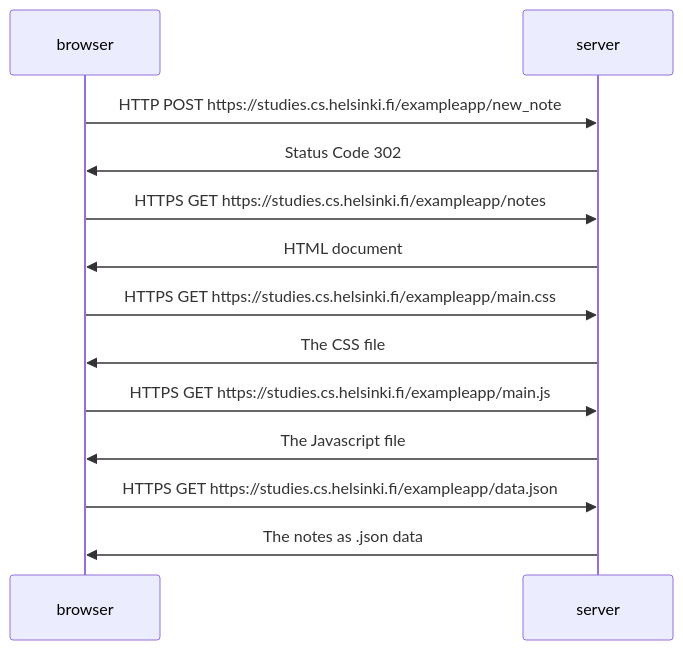
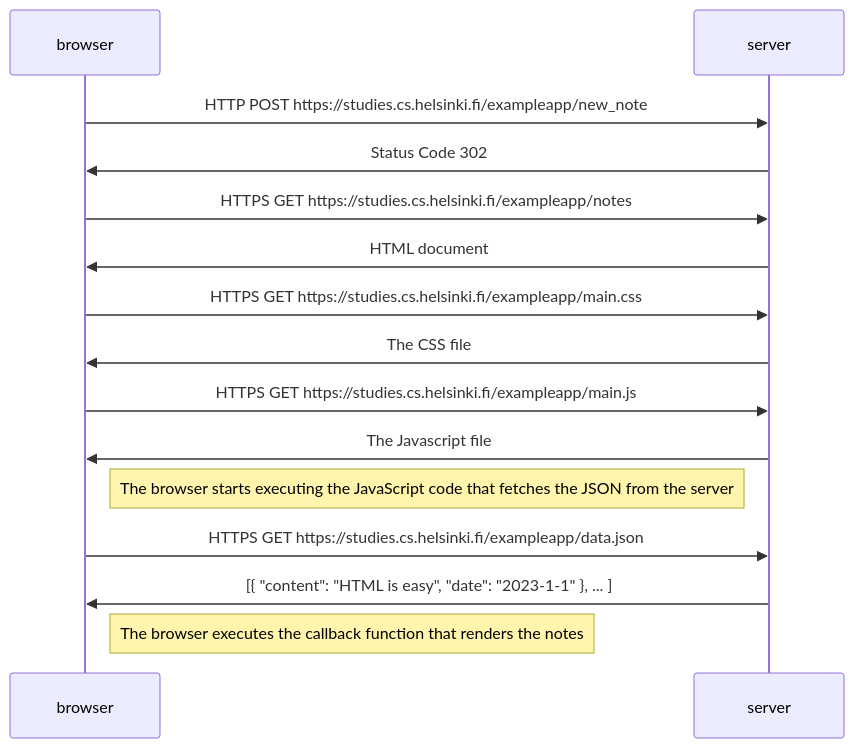
One commit to freesalome/fullstackopen changed the diagram in part0/0.4.md. Above: the diagram before and after it, drawn with Mermaid.

Commit message:
Enhance documentation with JavaScript execution notes
Added notes about JavaScript execution and callback rendering.

````diff
--- a/part0/0.4.md
+++ b/part0/0.4.md
@@ -1,25 +1,29 @@
 ```mermaid
 
 sequenceDiagram
 
 browser->>server: HTTP POST https://studies.cs.helsinki.fi/exampleapp/new_note
 
 server->>browser: Status Code 302
 
 browser->>server: HTTPS GET https://studies.cs.helsinki.fi/exampleapp/notes
 
 server->>browser: HTML document
 
 browser->>server: HTTPS GET https://studies.cs.helsinki.fi/exampleapp/main.css
 
 server->>browser: The CSS file
 
 browser->>server: HTTPS GET https://studies.cs.helsinki.fi/exampleapp/main.js
 
 server->>browser: The Javascript file
 
+Note right of browser: The browser starts executing the JavaScript code that fetches the JSON from the server
+
 browser->>server: HTTPS GET https://studies.cs.helsinki.fi/exampleapp/data.json
 
-server->>browser: The notes as .json data
+server->>browser: [{ "content": "HTML is easy", "date": "2023-1-1" }, ... ]
+
+Note right of browser: The browser executes the callback function that renders the notes
 
 ```
````
